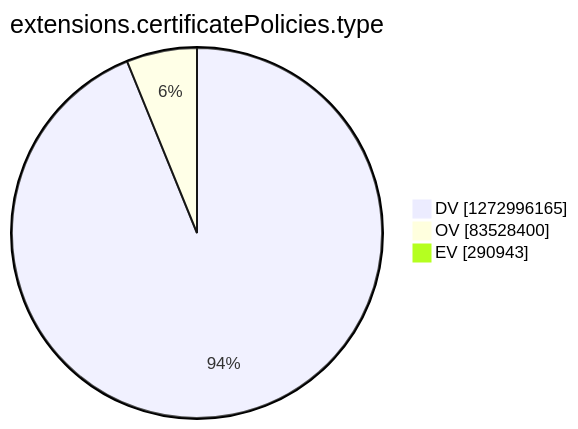
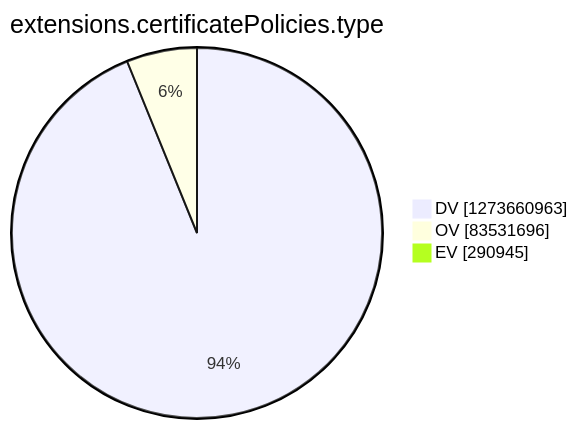
Before and after one commit to christiankrug/ctmonitor_visualization: the tenth of 15 diagrams in argon2022/README.md, drawn with Mermaid. The commit also changed other lines of this file, not shown here.

````diff
--- a/argon2022/README.md
+++ b/argon2022/README.md
@@ -2771,7 +2771,7 @@
 ```mermaid
 pie showData
 title extensions.certificatePolicies.type
-"DV" :1272996165
-"OV" :83528400
-"EV" :290943
+"DV" :1273660963
+"OV" :83531696
+"EV" :290945
 ```
````
